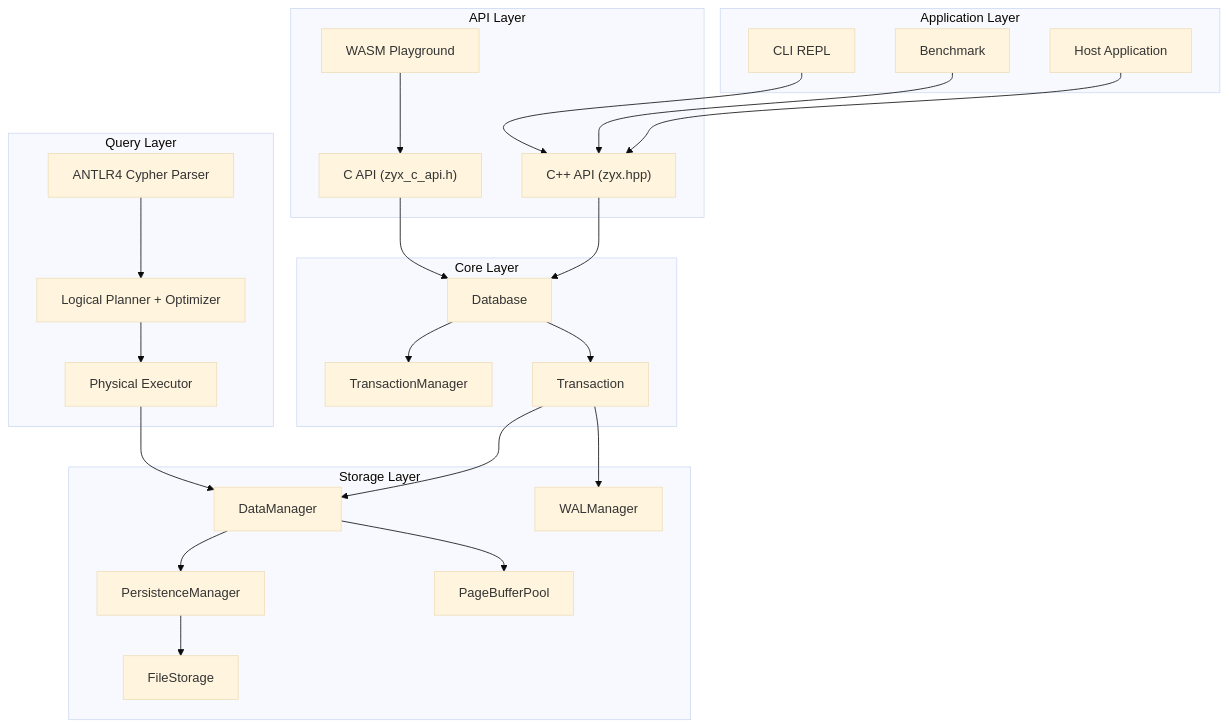
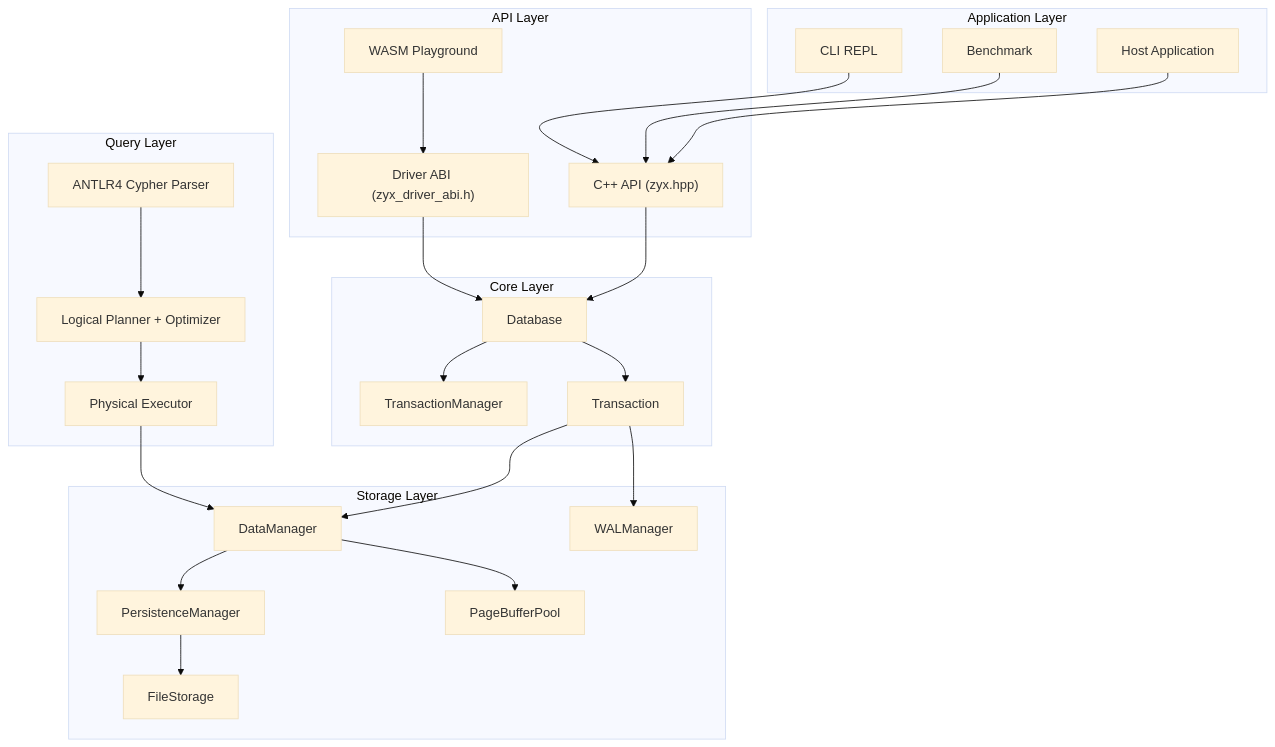
One commit to nexepic/zyx changed the first of 4 diagrams in docs/apps/docs/content/docs/en/zyx/architecture/overview.mdx. Above: the diagram before and after it, drawn with Mermaid (base theme). The commit also changed other lines of this file and 88 other files, not shown here.

First line of the commit message:
Replace legacy C API with Driver ABI bindings

````diff
--- a/docs/apps/docs/content/docs/en/zyx/architecture/overview.mdx
+++ b/docs/apps/docs/content/docs/en/zyx/architecture/overview.mdx
@@ -18,54 +18,54 @@
 ```mermaid
 graph TB
     subgraph "Application Layer"
         CLI[CLI REPL]
         BM[Benchmark]
         APP[Host Application]
     end
 
     subgraph "API Layer"
         CPP["C++ API (zyx.hpp)"]
-        CA["C API (zyx_c_api.h)"]
+        ABI["Driver ABI (zyx_driver_abi.h)"]
         WASM["WASM Playground"]
     end
 
     subgraph "Query Layer"
         Parser["ANTLR4 Cypher Parser"]
         Planner["Logical Planner + Optimizer"]
         Executor["Physical Executor"]
     end
 
     subgraph "Storage Layer"
         DM[DataManager]
         PM[PersistenceManager]
         FS[FileStorage]
         WAL[WALManager]
         PB[PageBufferPool]
     end
 
     subgraph "Core Layer"
         DB[Database]
         TM[TransactionManager]
         TX[Transaction]
     end
 
     CLI --> CPP
     BM --> CPP
     APP --> CPP
-    CA --> DB
-    WASM --> CA
+    ABI --> DB
+    WASM --> ABI
 
     CPP --> DB
     DB --> TM
     DB --> TX
 
     TX --> DM
     TX --> WAL
 
     Parser --> Planner --> Executor
     Executor --> DM
 
     DM --> PM
     PM --> FS
     DM --> PB
 ```
````
